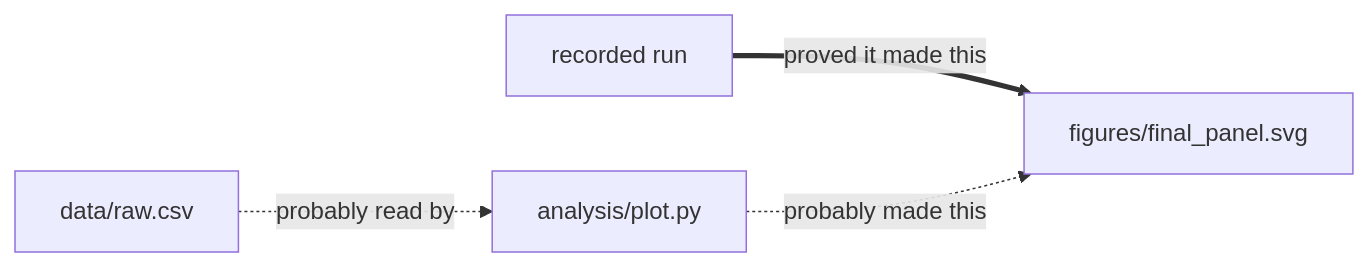
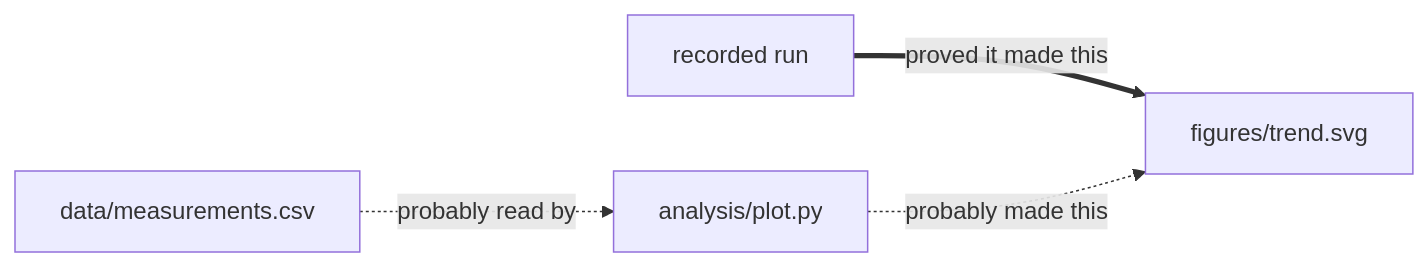
One commit to uczltw6/trace-file-lineage changed the diagram in README.md. Above: the diagram before and after it, drawn with Mermaid. The commit also changed other lines of this file and 4 other files, not shown here.

````diff
--- a/README.md
+++ b/README.md
@@ -128,10 +106,10 @@
 ```mermaid
 flowchart LR
     n0["recorded run"]
-    n1["figures/final_panel.svg"]
+    n1["figures/trend.svg"]
     n0 ==>|"proved it made this"| n1
     n2["analysis/plot.py"]
     n2 -.->|"probably made this"| n1
-    n3["data/raw.csv"]
+    n3["data/measurements.csv"]
     n3 -.->|"probably read by"| n2
 ```
````
